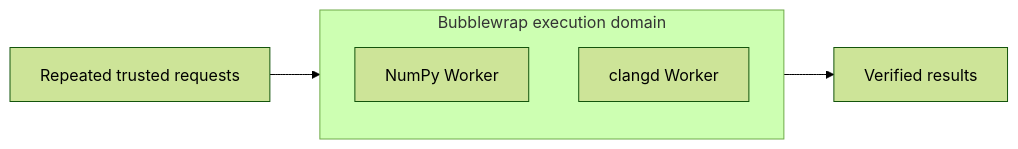
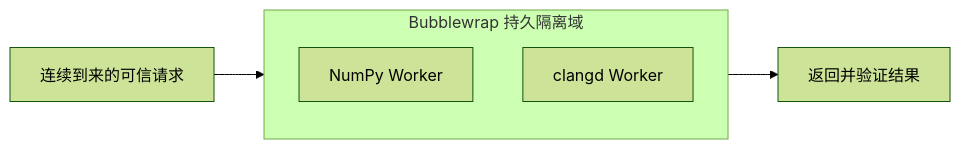
The first of 2 diagrams in README.md (CynicDora/ShimOS), drawn with Mermaid (forest theme) before and after one commit. The commit also changed other lines of this file and 12 other files, not shown here.

````diff
--- a/README.md
+++ b/README.md
@@ -21,9 +23,9 @@
 ```mermaid
 flowchart LR
-    R[Repeated trusted requests] --> D
-    subgraph D[Bubblewrap execution domain]
+    R[连续到来的可信请求] --> D
+    subgraph D[Bubblewrap 持久隔离域]
         N[NumPy Worker]
         C[clangd Worker]
     end
-    D --> O[Verified results]
+    D --> O[返回并验证结果]
 ```
````
